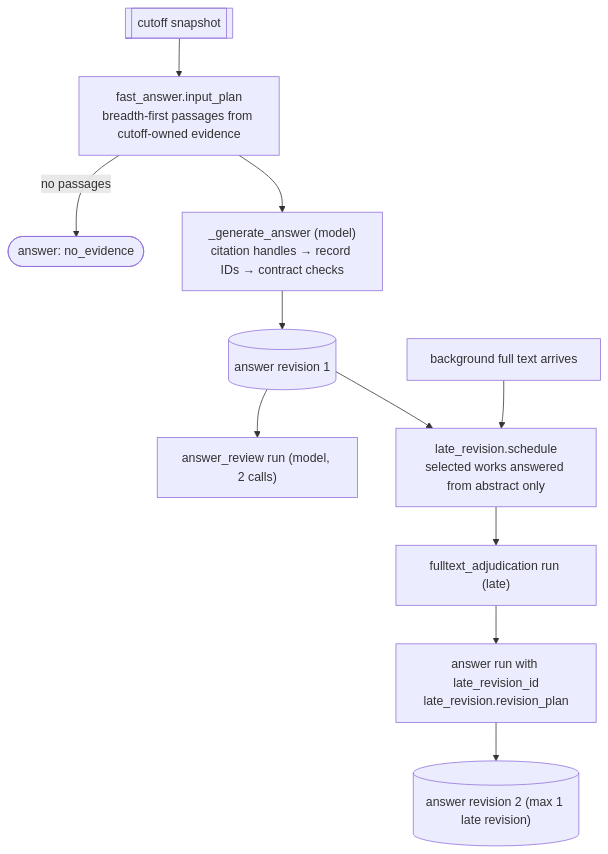
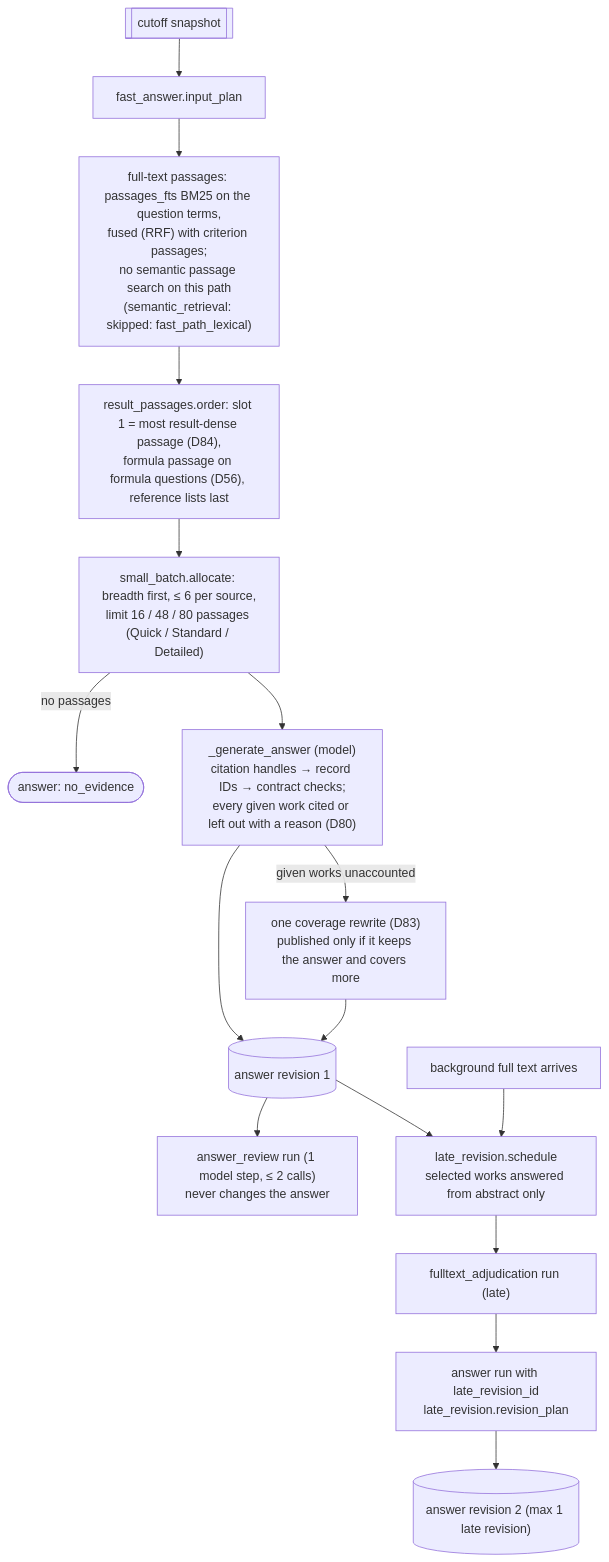
One commit to huguryildiz/DEIXIS changed the seventh of 8 diagrams in docs/search-architecture.md. Above: the diagram before and after it, drawn with Mermaid. The commit also changed other lines of this file, not shown here.

Commit message:
docs: search architecture brought up to 8cbedaea (reranker, ranking replay, joint signal, seed semantic requests, follow-up, Screen more, snowball, citation map)

````diff
--- a/docs/search-architecture.md
+++ b/docs/search-architecture.md
@@ -174,13 +245,18 @@
 ```mermaid
 flowchart TD
-    SNAP[["cutoff snapshot"]] --> IP["fast_answer.input_plan<br/>breadth-first passages from cutoff-owned evidence"]
-    IP -->|"no passages"| NE(["answer: no_evidence"])
-    IP --> GA["_generate_answer (model)<br/>citation handles → record IDs → contract checks"]
+    SNAP[["cutoff snapshot"]] --> IP["fast_answer.input_plan"]
+    IP --> PSG["full-text passages: passages_fts BM25 on the question terms,<br/>fused (RRF) with criterion passages;<br/>no semantic passage search on this path<br/>(semantic_retrieval: skipped: fast_path_lexical)"]
+    PSG --> ORD["result_passages.order: slot 1 = most result-dense passage (D84),<br/>formula passage on formula questions (D56), reference lists last"]
+    ORD --> ALLOC["small_batch.allocate: breadth first, ≤ 6 per source,<br/>limit 16 / 48 / 80 passages (Quick / Standard / Detailed)"]
+    ALLOC -->|"no passages"| NE(["answer: no_evidence"])
+    ALLOC --> GA["_generate_answer (model)<br/>citation handles → record IDs → contract checks;<br/>every given work cited or left out with a reason (D80)"]
+    GA -->|"given works unaccounted"| COV["one coverage rewrite (D83)<br/>published only if it keeps the answer and covers more"]
     GA --> ANS[("answer revision 1")]
-    ANS --> REV["answer_review run (model, 2 calls)"]
+    COV --> ANS
+    ANS --> REV["answer_review run (1 model step, ≤ 2 calls)<br/>never changes the answer"]
     ANS --> LS["late_revision.schedule<br/>selected works answered from abstract only"]
     BG["background full text arrives"] --> LS
     LS --> LA["fulltext_adjudication run (late)"]
     LA --> LRP["answer run with late_revision_id<br/>late_revision.revision_plan"]
     LRP --> ANS2[("answer revision 2 (max 1 late revision)")]
 ```
````
